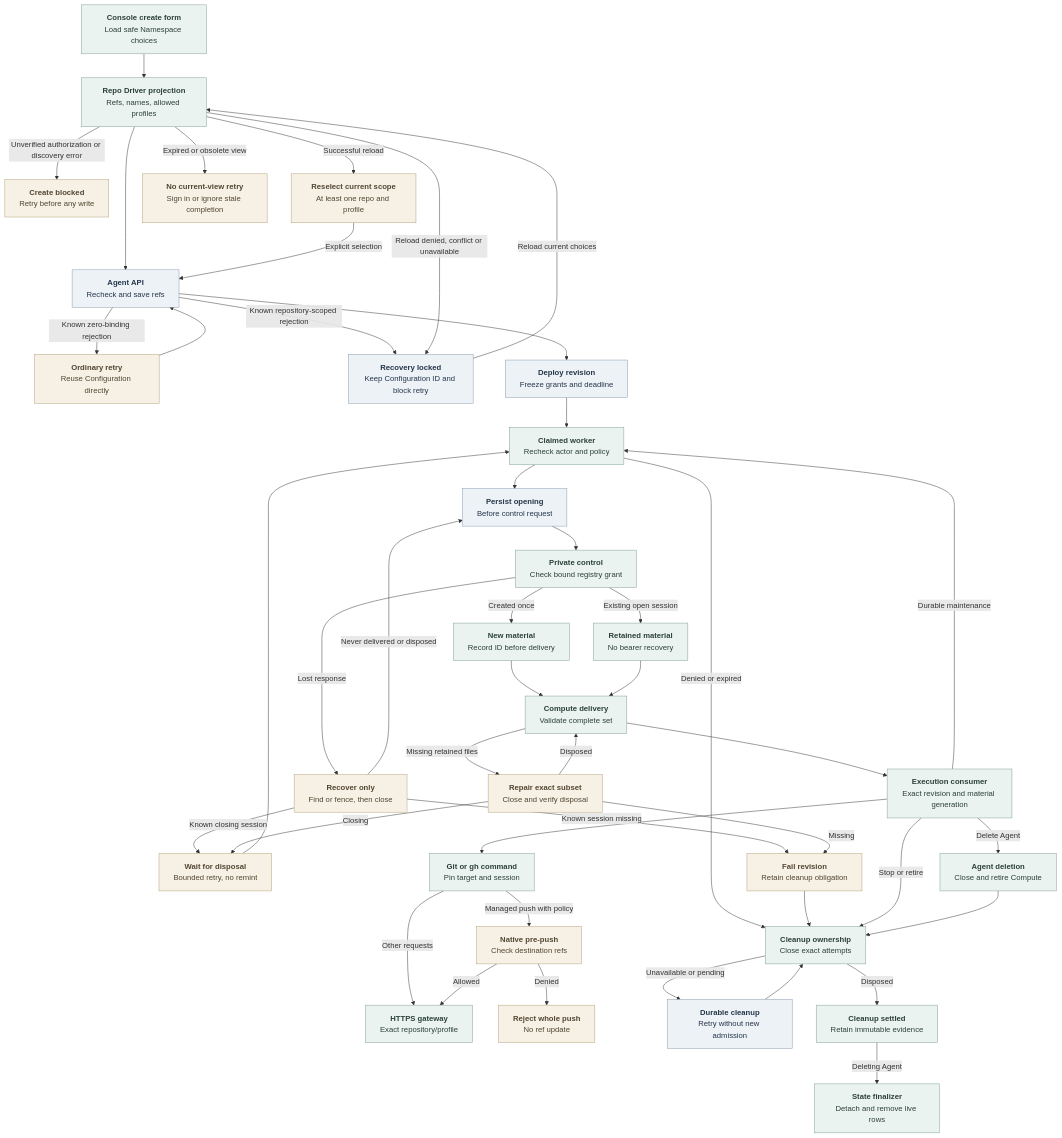
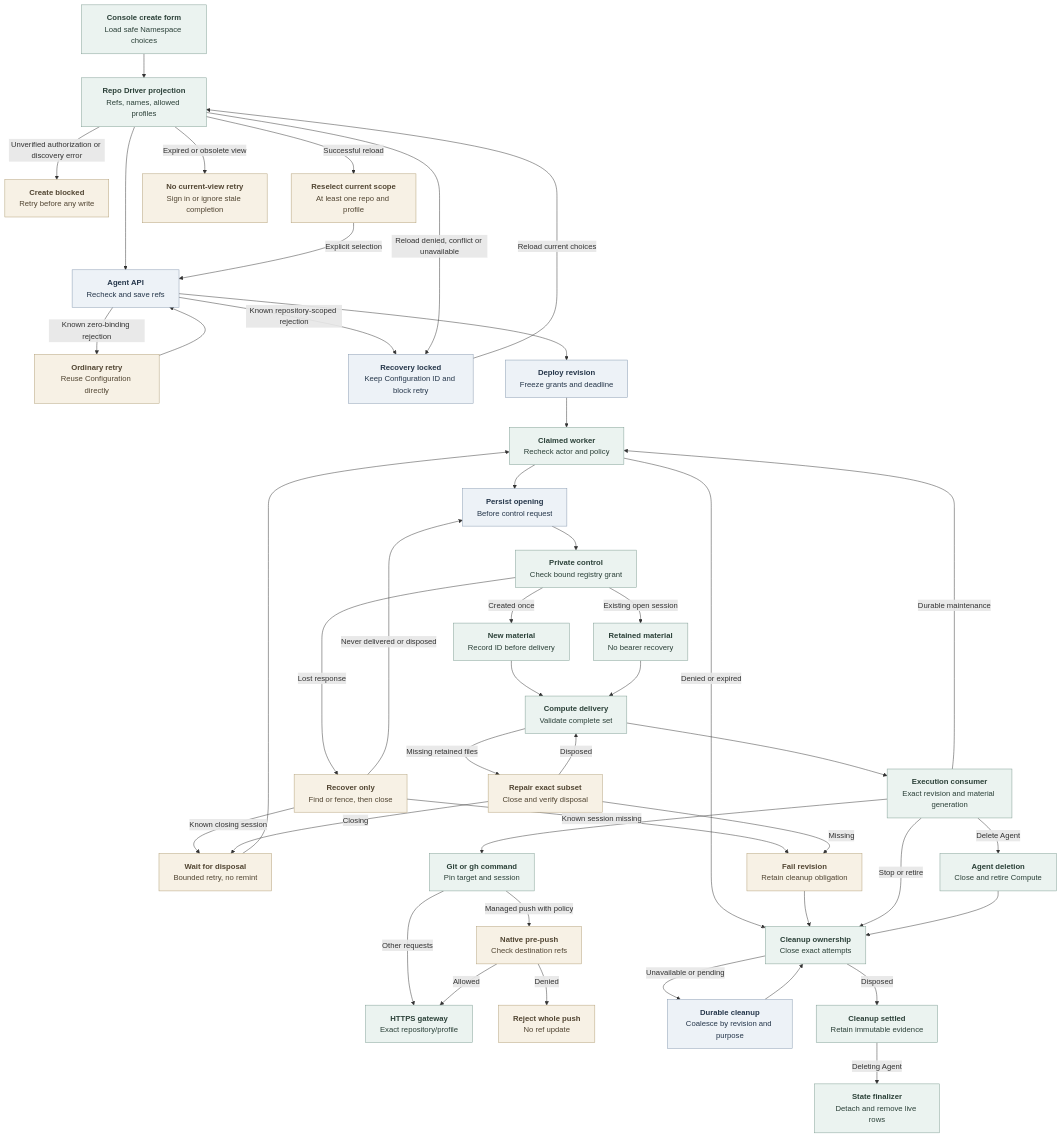
One commit to IsaiahStapleton/openclaw-enterprise changed the diagram in docs/flows/agent-repository-credentials.md. Above: the diagram before and after it, drawn with Mermaid. The commit also changed other lines of this file and 5 other files, not shown here.

Commit message:
fix: coalesce repository credential cleanup work

````diff
--- a/docs/flows/agent-repository-credentials.md
+++ b/docs/flows/agent-repository-credentials.md
@@ -33,54 +33,54 @@
 ```mermaid
 graph TD
   Console["<b>Console create form</b><br/>Load safe Namespace choices"] --> Options["<b>Repo Driver projection</b><br/>Refs, names, allowed profiles"]
   Options --> API["<b>Agent API</b><br/>Recheck and save refs"]
   Options -->|Unverified authorization or discovery error| CreateBlocked["<b>Create blocked</b><br/>Retry before any write"]
   API -->|Known zero-binding rejection| OrdinaryRetry["<b>Ordinary retry</b><br/>Reuse Configuration directly"]
   OrdinaryRetry --> API
   API -->|Known repository-scoped rejection| FormLocked["<b>Recovery locked</b><br/>Keep Configuration ID and block retry"]
   FormLocked -->|Reload current choices| Options
   Options -->|Successful reload| Reselect["<b>Reselect current scope</b><br/>At least one repo and profile"]
   Reselect -->|Explicit selection| API
   Options -->|Reload denied, conflict or unavailable| FormLocked
   Options -->|Expired or obsolete view| ViewStop["<b>No current-view retry</b><br/>Sign in or ignore stale completion"]
   API --> Revision["<b>Deploy revision</b><br/>Freeze grants and deadline"]
   Revision --> Worker["<b>Claimed worker</b><br/>Recheck actor and policy"]
   Worker -->|Denied or expired| Close["<b>Cleanup ownership</b><br/>Close exact attempts"]
   Worker --> Attempt["<b>Persist opening</b><br/>Before control request"]
   Attempt --> Service["<b>Private control</b><br/>Check bound registry grant"]
   Service -->|Created once| New["<b>New material</b><br/>Record ID before delivery"]
   Service -->|Existing open session| Retained["<b>Retained material</b><br/>No bearer recovery"]
   Service -->|Lost response| Recover["<b>Recover only</b><br/>Find or fence, then close"]
   Recover -->|Never delivered or disposed| Attempt
   Recover -->|Known closing session| Wait["<b>Wait for disposal</b><br/>Bounded retry, no remint"]
   Wait --> Worker
   Recover -->|Known session missing| Refuse["<b>Fail revision</b><br/>Retain cleanup obligation"]
   New --> Compute["<b>Compute delivery</b><br/>Validate complete set"]
   Retained --> Compute
   Compute -->|Missing retained files| Repair["<b>Repair exact subset</b><br/>Close and verify disposal"]
   Repair -->|Disposed| Compute
   Repair -->|Closing| Wait
   Repair -->|Missing| Refuse
   Refuse --> Close
   Compute --> Pod["<b>Execution consumer</b><br/>Exact revision and material generation"]
   Pod --> Command["<b>Git or gh command</b><br/>Pin target and session"]
   Command -->|Other requests| Gateway["<b>HTTPS gateway</b><br/>Exact repository/profile"]
   Command -->|Managed push with policy| PushRefs["<b>Native pre-push</b><br/>Check destination refs"]
   PushRefs -->|Allowed| Gateway
   PushRefs -->|Denied| PushDenied["<b>Reject whole push</b><br/>No ref update"]
   Pod -->|Durable maintenance| Worker
   Pod -->|Stop or retire| Close
-  Close -->|Unavailable or pending| Queue["<b>Durable cleanup</b><br/>Retry without new admission"]
+  Close -->|Unavailable or pending| Queue["<b>Durable cleanup</b><br/>Coalesce by revision and purpose"]
   Queue --> Close
   Close -->|Disposed| Done["<b>Cleanup settled</b><br/>Retain immutable evidence"]
   Pod -->|Delete Agent| Delete["<b>Agent deletion</b><br/>Close and retire Compute"]
   Delete --> Close
   Done -->|Deleting Agent| Finalize["<b>State finalizer</b><br/>Detach and remove live rows"]
 
   classDef state fill:#EDF2F7,stroke:#879AB0,color:#25364A,stroke-width:1px
   classDef operation fill:#EBF3F0,stroke:#7F9D93,color:#2B4038,stroke-width:1px
   classDef condition fill:#F7F1E5,stroke:#B3A078,color:#514532,stroke-width:1px
   class API,Revision,Attempt,Queue,FormLocked state
   class Console,Options,Worker,Service,New,Retained,Compute,Pod,Command,Gateway,Close,Done,Delete,Finalize operation
   class Recover,Repair,Refuse,Wait,ViewStop,CreateBlocked,OrdinaryRetry,Reselect,PushRefs,PushDenied condition
 ```
````
